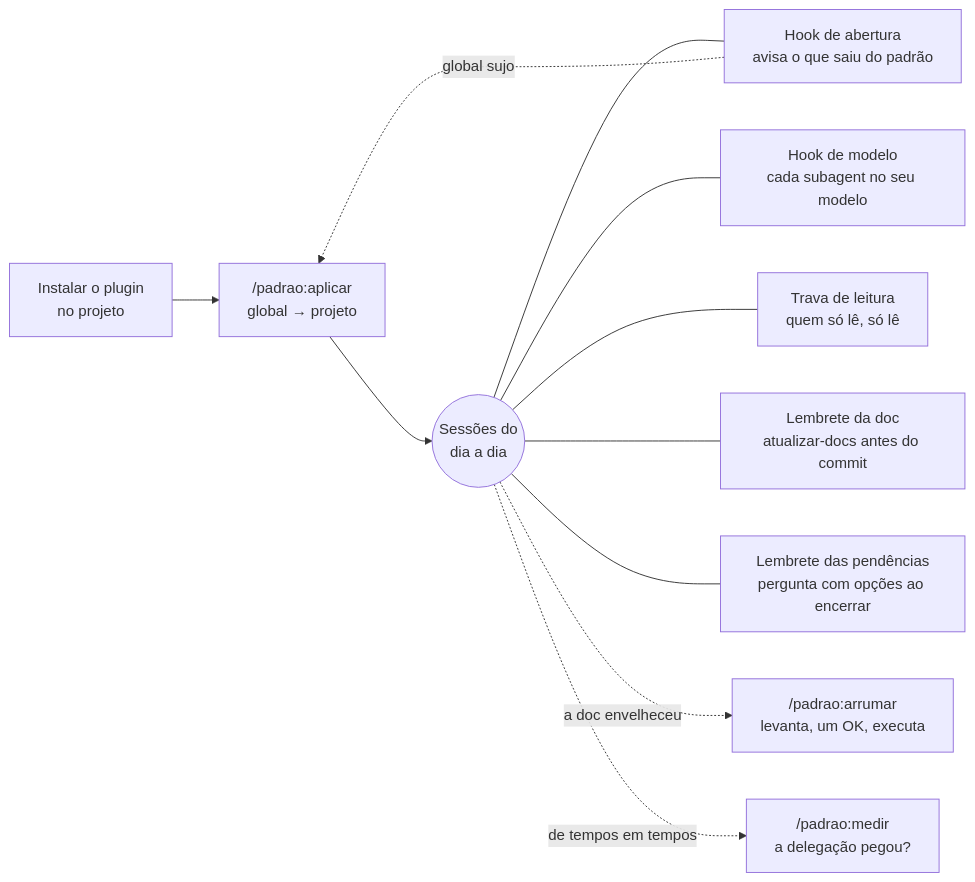
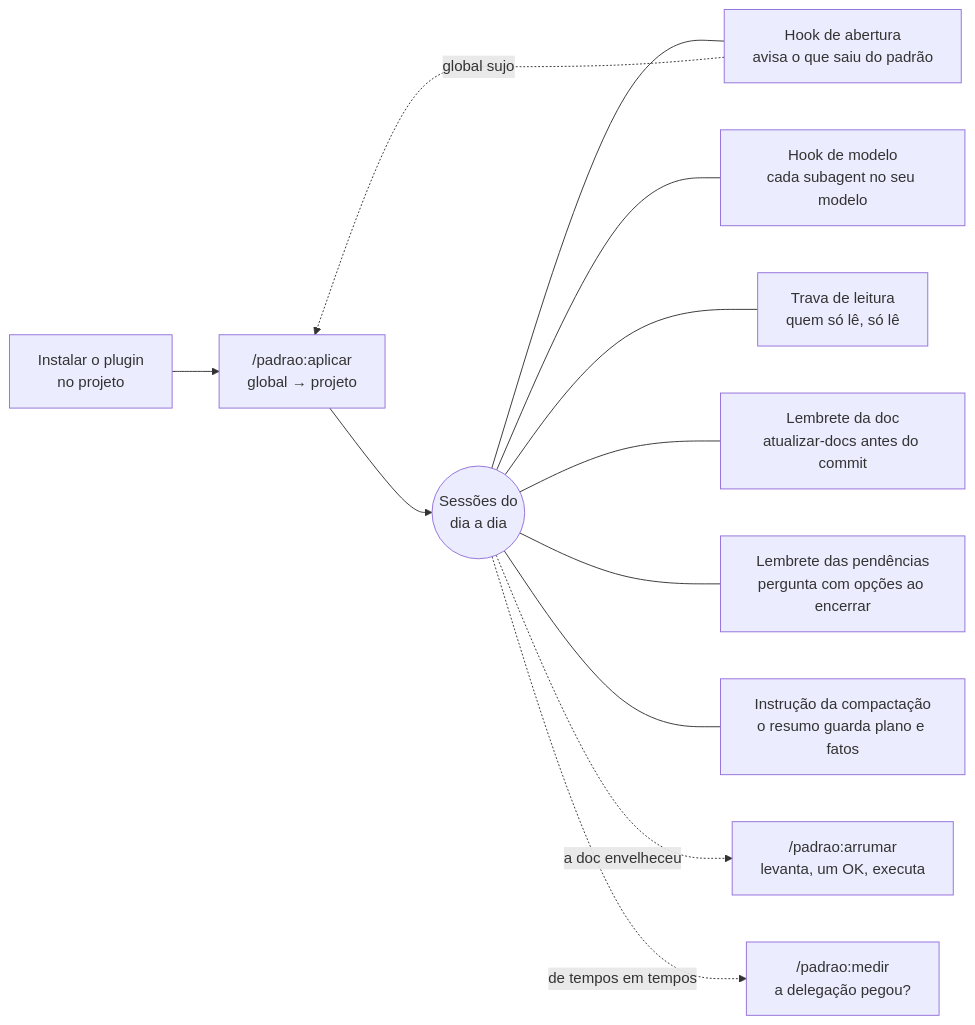
One commit to Kortek-Tecnologia/claude-padrao changed the first of 5 diagrams in README.md. Above: the diagram before and after it, drawn with Mermaid. The commit also changed other lines of this file and 25 other files, not shown here.

First line of the commit message:
padrao 2.16.0: estrutura por convenção, versões fixadas, reorganizar e instrução da compactação

````diff
--- a/README.md
+++ b/README.md
@@ -29,13 +30,14 @@
 ```mermaid
 flowchart LR
   I["Instalar o plugin<br/>no projeto"] --> A["/padrao:aplicar<br/>global → projeto"]
   A --> S(("Sessões do<br/>dia a dia"))
   S --- H1["Hook de abertura<br/>avisa o que saiu do padrão"]
   S --- H2["Hook de modelo<br/>cada subagent no seu modelo"]
   S --- H3["Trava de leitura<br/>quem só lê, só lê"]
   S --- D["Lembrete da doc<br/>atualizar-docs antes do commit"]
   S --- P["Lembrete das pendências<br/>pergunta com opções ao encerrar"]
+  S --- K["Instrução da compactação<br/>o resumo guarda plano e fatos"]
   S -.->|"a doc envelheceu"| R["/padrao:arrumar<br/>levanta, um OK, executa"]
   S -.->|"de tempos em tempos"| M["/padrao:medir<br/>a delegação pegou?"]
   H1 -.->|"global sujo"| A
 ```
````
